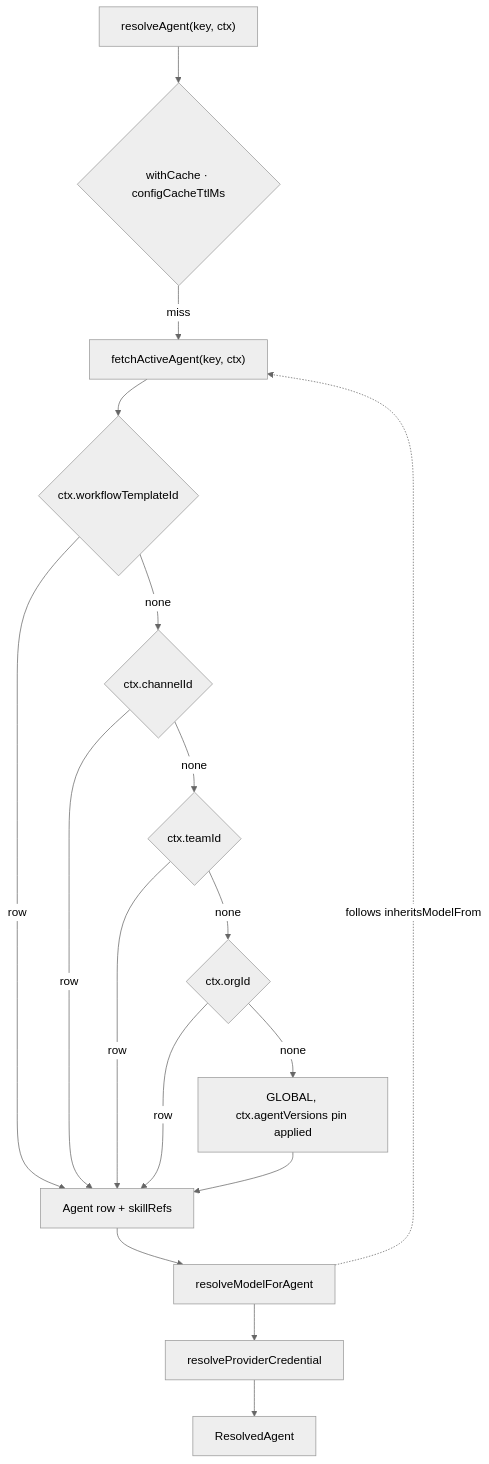
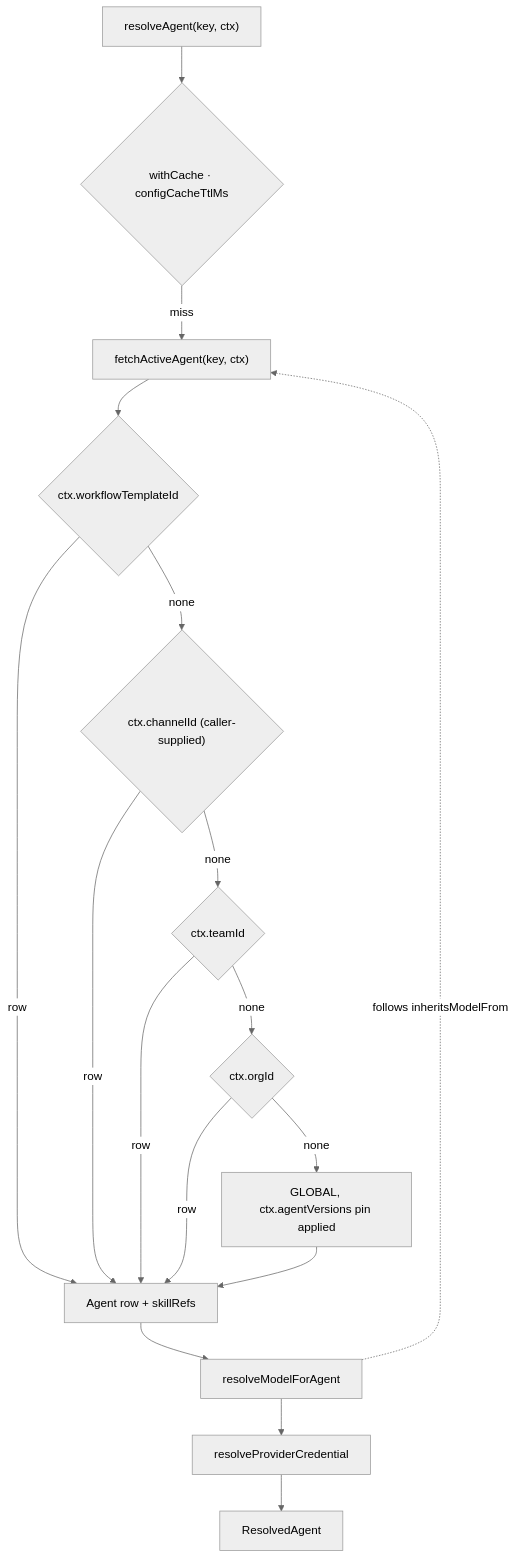
Before and after one commit to yorch/auto-swe: the first of 2 diagrams in wiki/4.3-agent-layer.md, drawn with Mermaid (neutral theme). The commit also changed other lines of this file and 15 other files, not shown here.

````diff
--- a/wiki/4.3-agent-layer.md
+++ b/wiki/4.3-agent-layer.md
@@ -42,19 +47,19 @@
 ```mermaid
 flowchart TD
     call["resolveAgent(key, ctx)"] --> cache{"withCache · configCacheTtlMs"}
     cache -->|miss| fetch["fetchActiveAgent(key, ctx)"]
     fetch --> wt{"ctx.workflowTemplateId"}
     wt -->|row| got["Agent row + skillRefs"]
-    wt -->|none| ch{"ctx.channelId"}
+    wt -->|none| ch{"ctx.channelId (caller-supplied)"}
     ch -->|row| got
     ch -->|none| team{"ctx.teamId"}
     team -->|row| got
     team -->|none| org{"ctx.orgId"}
     org -->|row| got
     org -->|none| glob["GLOBAL, ctx.agentVersions pin applied"]
     glob --> got
     got --> model["resolveModelForAgent"]
     model -.follows inheritsModelFrom.-> fetch
     model --> cred["resolveProviderCredential"]
     cred --> out["ResolvedAgent"]
 ```
````
